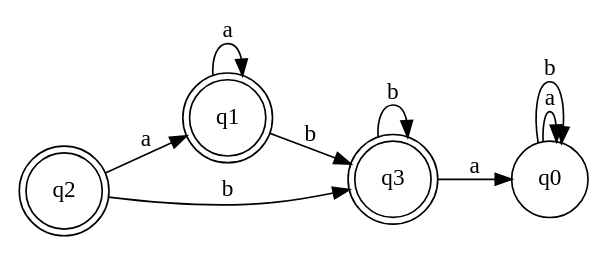
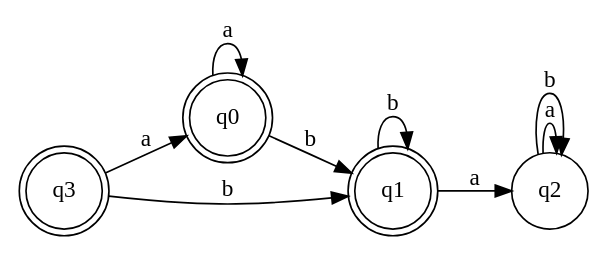
Before and after one commit to bkelly479/FormalLanguages: the diagram in DFA.dot, drawn with Graphviz. The commit also changed 4 other files, not shown here.

```diff
--- a/DFA.dot
+++ b/DFA.dot
@@ -1,19 +1,19 @@
 digraph DFA {
 	rankdir=LR size="8,5"
-	node [shape=circle]
+	node [shape=doublecircle]
 	q0
 	node [shape=doublecircle]
 	q1
-	node [shape=doublecircle]
+	node [shape=circle]
 	q2
 	node [shape=doublecircle]
 	q3
-	q2 -> q1 [label=a]
-	q2 -> q3 [label=b]
-	q1 -> q1 [label=a]
-	q1 -> q3 [label=b]
 	q3 -> q0 [label=a]
-	q3 -> q3 [label=b]
+	q3 -> q1 [label=b]
 	q0 -> q0 [label=a]
-	q0 -> q0 [label=b]
+	q0 -> q1 [label=b]
+	q1 -> q2 [label=a]
+	q1 -> q1 [label=b]
+	q2 -> q2 [label=a]
+	q2 -> q2 [label=b]
 }
```
